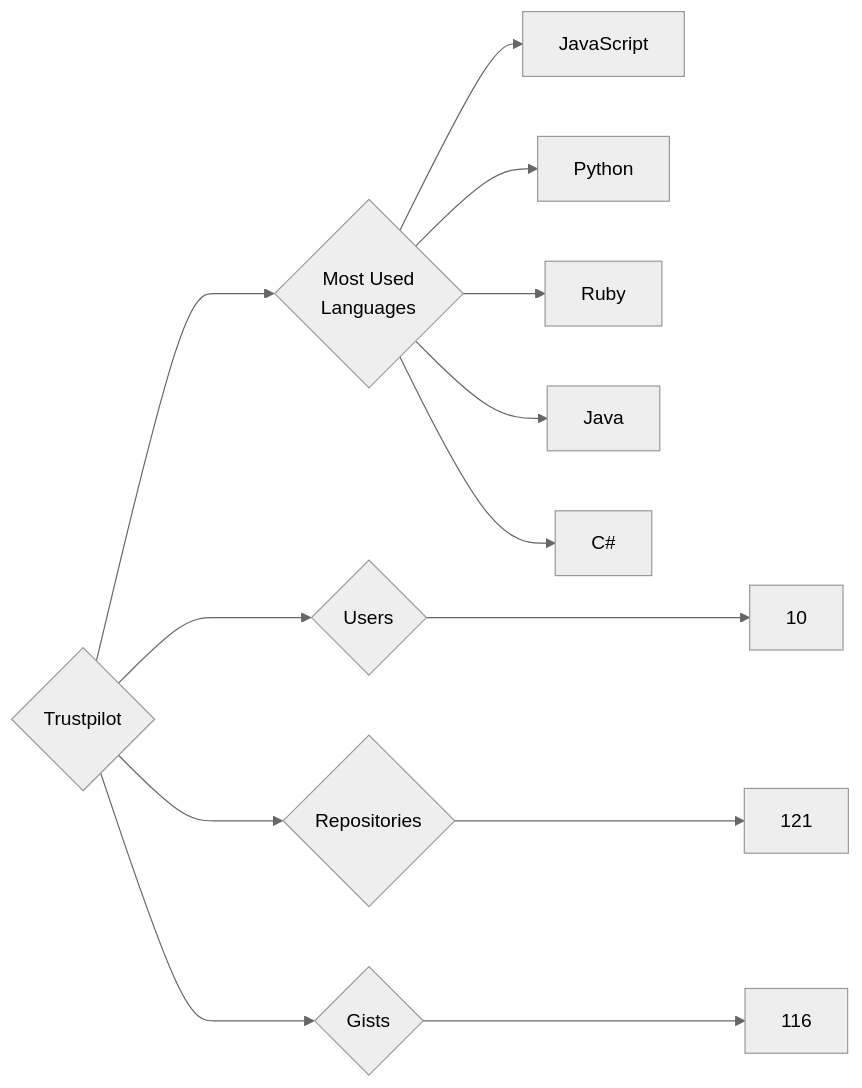
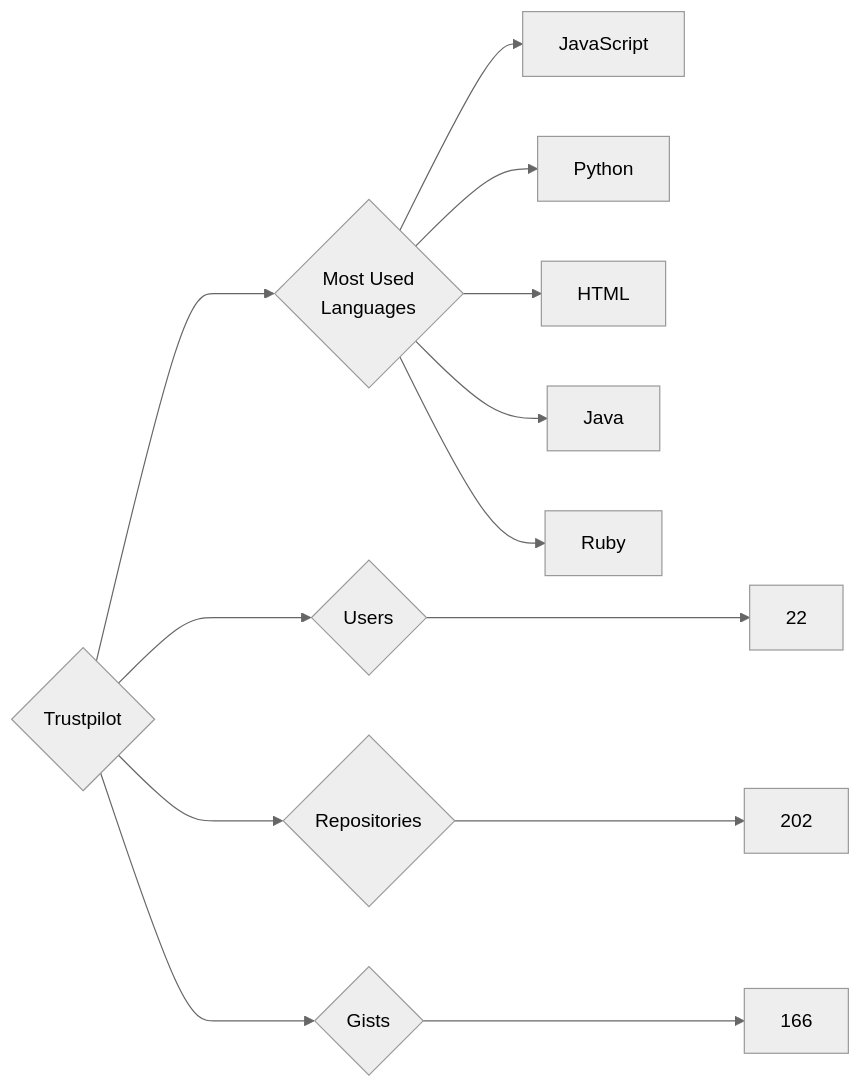
Before and after one commit to trickest/insiders: the diagram in targets/Trustpilot/README.md, drawn with Mermaid (neutral theme). The commit also changed 903 other files, not shown here.

````diff
--- a/targets/Trustpilot/README.md
+++ b/targets/Trustpilot/README.md
@@ -3,13 +3,13 @@
 ```mermaid
 graph LR
 COMPANY_NAME{Trustpilot}
-COMPANY_NAME ---> U{Users} ---> UN[10]
-COMPANY_NAME ---> R{Repositories} ---> RN[121]
-COMPANY_NAME ---> G{Gists} ---> GN[116]
+COMPANY_NAME ---> U{Users} ---> UN[22]
+COMPANY_NAME ---> R{Repositories} ---> RN[202]
+COMPANY_NAME ---> G{Gists} ---> GN[166]
 COMPANY_NAME ---> ML{Most Used<br>Languages}
 ML --> JavaScript[JavaScript]
 ML --> Python[Python]
+ML --> HTML[HTML]
+ML --> Java[Java]
 ML --> Ruby[Ruby]
-ML --> Java[Java]
-ML --> C#[C#]
 ```
````
